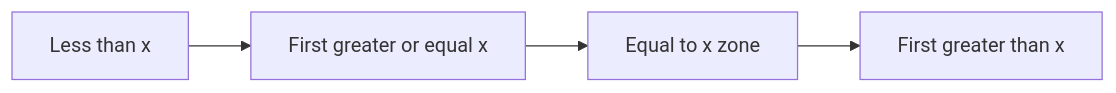
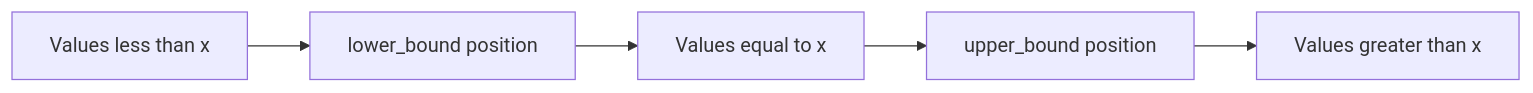
One commit to mthaiseer/springcloud-systemdesign-notes changed the sixth of 24 diagrams in CP_DSA_NOTES/CONCEPT_FRAMEWORK_FORMS_TATICS/binary_search_playbook.md. Above: the diagram before and after it, drawn with Mermaid. The commit also changed other lines of this file, not shown here.

````diff
--- a/CP_DSA_NOTES/CONCEPT_FRAMEWORK_FORMS_TATICS/binary_search_playbook.md
+++ b/CP_DSA_NOTES/CONCEPT_FRAMEWORK_FORMS_TATICS/binary_search_playbook.md
@@ -144,6 +241,7 @@
 ```mermaid
 flowchart LR
-    A["Less than x"] --> B["First greater or equal x"]
-    B --> C["Equal to x zone"]
-    C --> D["First greater than x"]
+    A["Values less than x"] --> B["lower_bound position"]
+    B --> C["Values equal to x"]
+    C --> D["upper_bound position"]
+    D --> E["Values greater than x"]
 ```
````
